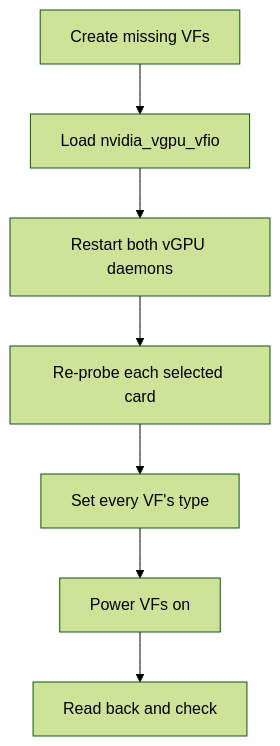
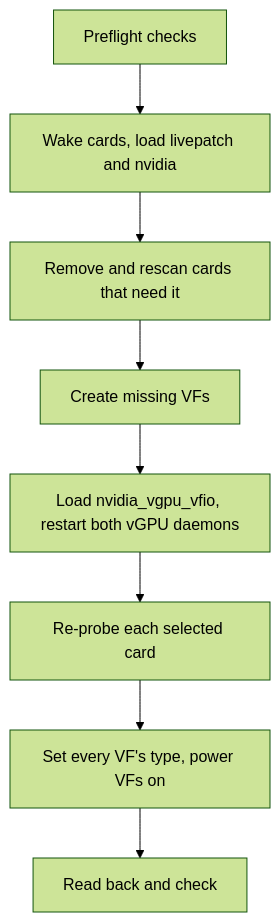
Before and after one commit to noon-at-cgn/geforce-sriov: the second of 3 diagrams in docs/configuration.md, drawn with Mermaid (forest theme). The commit also changed other lines of this file and 86 other files, not shown here.

````diff
--- a/docs/configuration.md
+++ b/docs/configuration.md
@@ -343,9 +315,10 @@
 ```mermaid
 flowchart TD
-    create["Create missing VFs"] --> load["Load nvidia_vgpu_vfio"]
-    load --> restart["Restart both vGPU daemons"]
-    restart --> reprobe["Re-probe each selected card"]
-    reprobe --> type["Set every VF's type"]
-    type --> power["Power VFs on"]
-    power --> check["Read back and check"]
+    check["Preflight checks"] --> power["Wake cards, load livepatch and nvidia"]
+    power --> rescan["Remove and rescan cards that need it"]
+    rescan --> create["Create missing VFs"]
+    create --> load["Load nvidia_vgpu_vfio, restart both vGPU daemons"]
+    load --> reprobe["Re-probe each selected card"]
+    reprobe --> type["Set every VF's type, power VFs on"]
+    type --> verify["Read back and check"]
 ```
````
